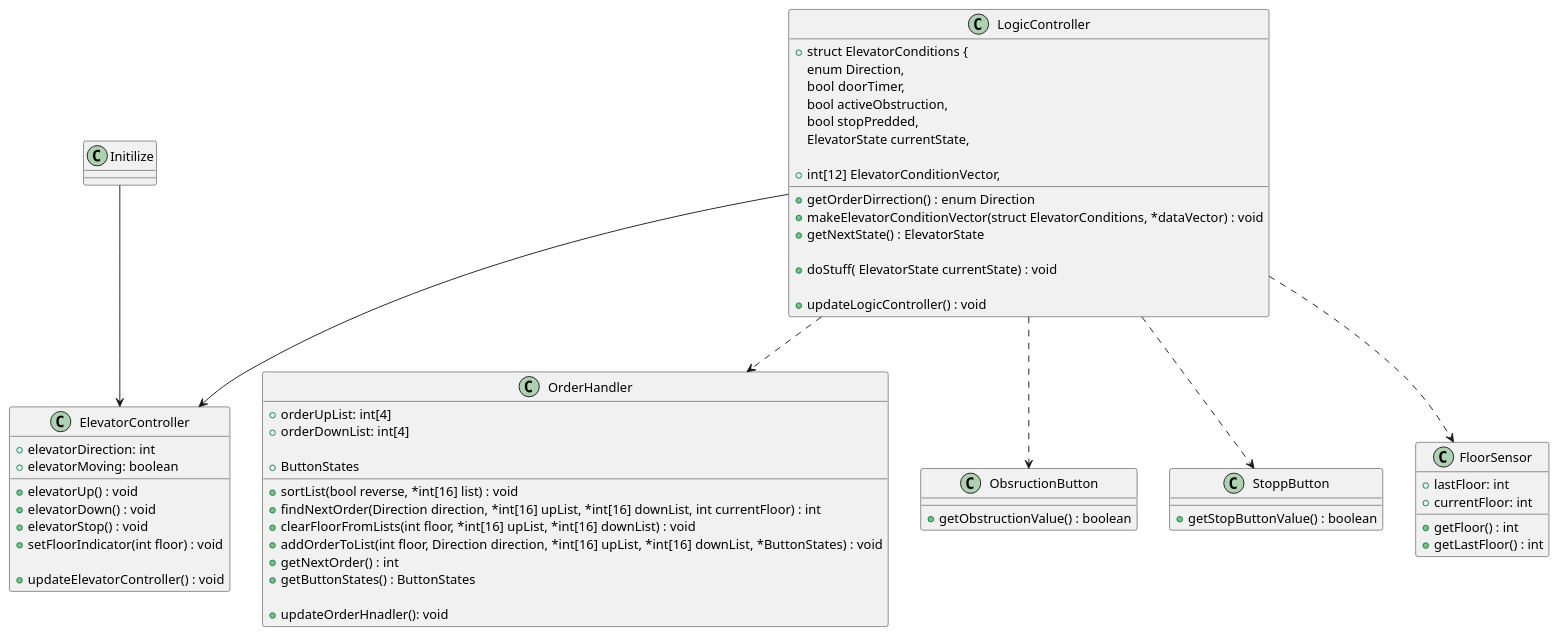
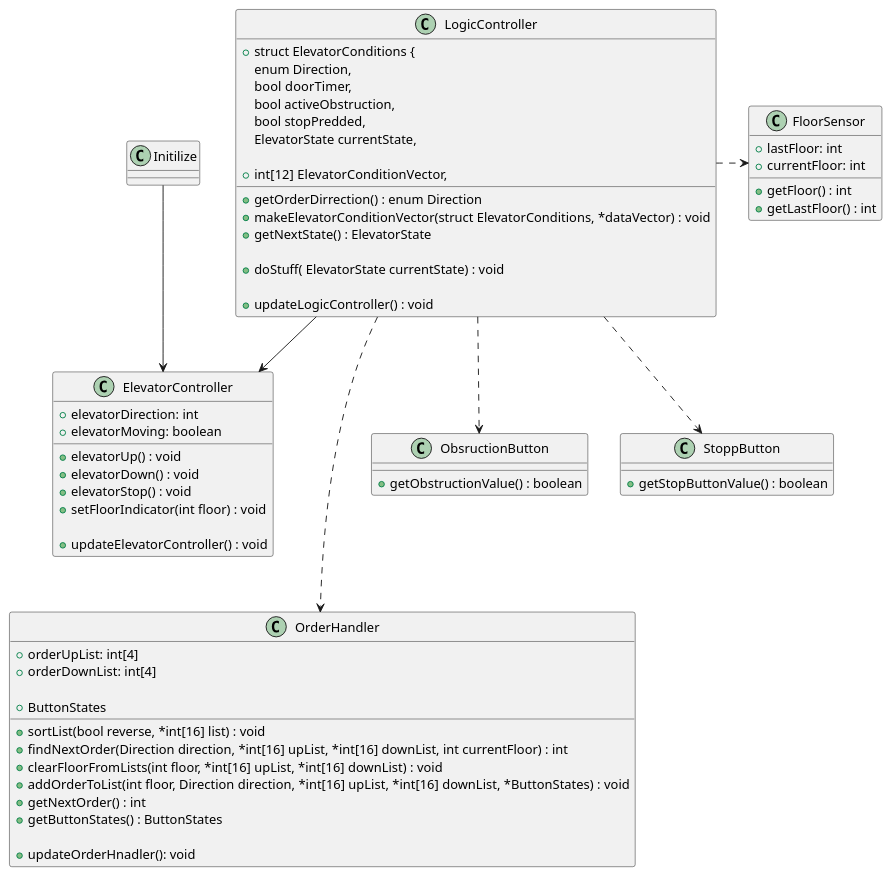
One commit to oskarNtnu/TTK4235_Heislabb changed the diagram in Forbredelser/UML/classDiagram.puml. Above: the diagram before and after it, drawn with PlantUML. The commit also changed 1 other file, not shown here.

Commit message:
small fix for uml class diagram

```diff
--- a/Forbredelser/UML/classDiagram.puml
+++ b/Forbredelser/UML/classDiagram.puml
@@ -1,85 +1,85 @@
 @startuml class diagram
 
+
 class Initilize
-
 
 ' Controlls the mechanical stuff, and the floor indicator
 class ElevatorController{
     +elevatorDirection: int
     +elevatorMoving: boolean
     +elevatorUp() : void
     +elevatorDown() : void
     +elevatorStop() : void
     +setFloorIndicator(int floor) : void
 
     +updateElevatorController() : void
 }
 
 class LogicController{
     +struct ElevatorConditions {
         enum Direction,
         bool doorTimer,
         bool activeObstruction,
         bool stopPredded,
         ElevatorState currentState,
         
     +int[12] ElevatorConditionVector,
     +getOrderDirrection() : enum Direction
     +makeElevatorConditionVector(struct ElevatorConditions, *dataVector) : void
     +getNextState() : ElevatorState
 
     'Use the functions in ElevatorController to control the elevator, based on the current state and the derided next state
     +doStuff( ElevatorState currentState) : void
 
     +updateLogicController() : void
 
 }
 
 class OrderHandler{
     +orderUpList: int[4]
     +orderDownList: int[4]
     +sortList(bool reverse, *int[16] list) : void
     +findNextOrder(Direction direction, *int[16] upList, *int[16] downList, int currentFloor) : int
     +clearFloorFromLists(int floor, *int[16] upList, *int[16] downList) : void
     +addOrderToList(int floor, Direction direction, *int[16] upList, *int[16] downList, *ButtonStates) : void
     +getNextOrder() : int
 
     +ButtonStates
     +getButtonStates() : ButtonStates
     
     +updateOrderHnadler(): void
 }
 
 class ObsructionButton{
     +getObstructionValue() : boolean
 }
 
 class StoppButton{
     +getStopButtonValue() : boolean
 }
 
 class FloorSensor{
     +lastFloor: int
     +currentFloor: int
     ' returns -1 if the elevator is between floors
     +getFloor() : int
     +getLastFloor() : int
 }
 
 Initilize --> ElevatorController
 
 LogicController ..> ObsructionButton
 
-LogicController ..> OrderHandler
+LogicController ...> OrderHandler
 
 LogicController ..> StoppButton
-LogicController ..> FloorSensor
+LogicController .> FloorSensor
 
 LogicController --> ElevatorController
 
 
 
 
 
 
 @enduml
```
